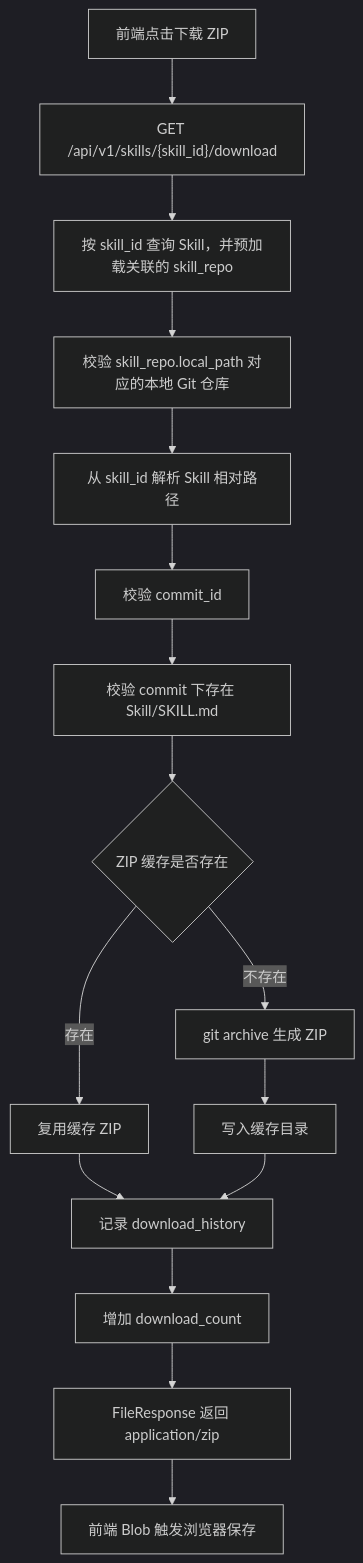
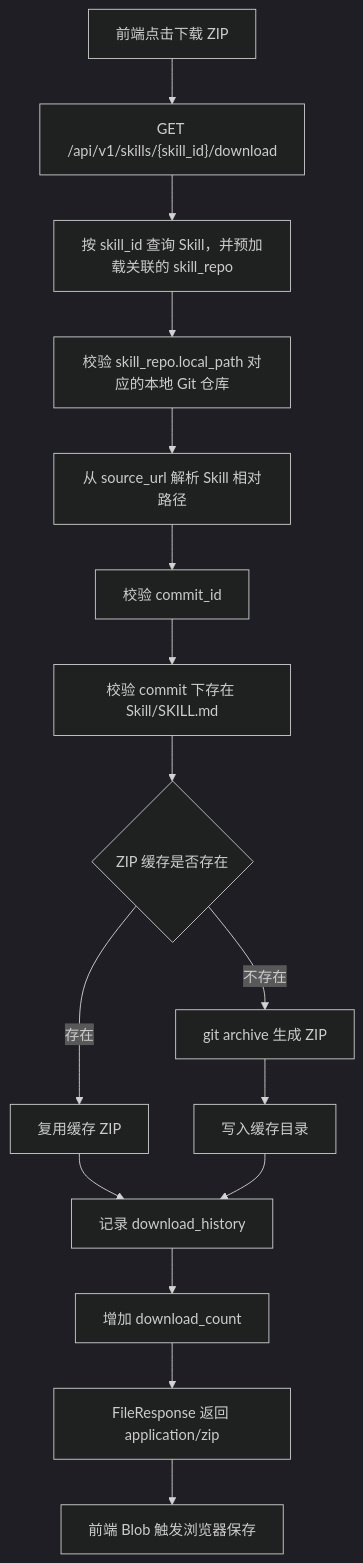
Before and after one commit to openeuler-mirror/wittyhub: the first of 5 diagrams in doc/design/skill-download-design.md, drawn with Mermaid (dark theme). The commit also changed other lines of this file and 1 other file, not shown here.

Commit message:
fix(storage): 从 source_url 解析技能目录以适配 skill_id 仅含技能名

````diff
--- a/doc/design/skill-download-design.md
+++ b/doc/design/skill-download-design.md
@@ -39,18 +41,18 @@
 ```mermaid
 flowchart TD
     A["前端点击下载 ZIP"] --> B["GET /api/v1/skills/{skill_id}/download"]
     B --> C["按 skill_id 查询 Skill，并预加载关联的 skill_repo"]
     C --> D["校验 skill_repo.local_path 对应的本地 Git 仓库"]
-    D --> E["从 skill_id 解析 Skill 相对路径"]
+    D --> E["从 source_url 解析 Skill 相对路径"]
     E --> F["校验 commit_id"]
     F --> I["校验 commit 下存在 Skill/SKILL.md"]
     I --> J{"ZIP 缓存是否存在"}
     J -->|存在| K["复用缓存 ZIP"]
     J -->|不存在| L["git archive 生成 ZIP"]
     L --> M["写入缓存目录"]
     K --> N["记录 download_history"]
     M --> N
     N --> O["增加 download_count"]
     O --> P["FileResponse 返回 application/zip"]
     P --> Q["前端 Blob 触发浏览器保存"]
 ```
````
